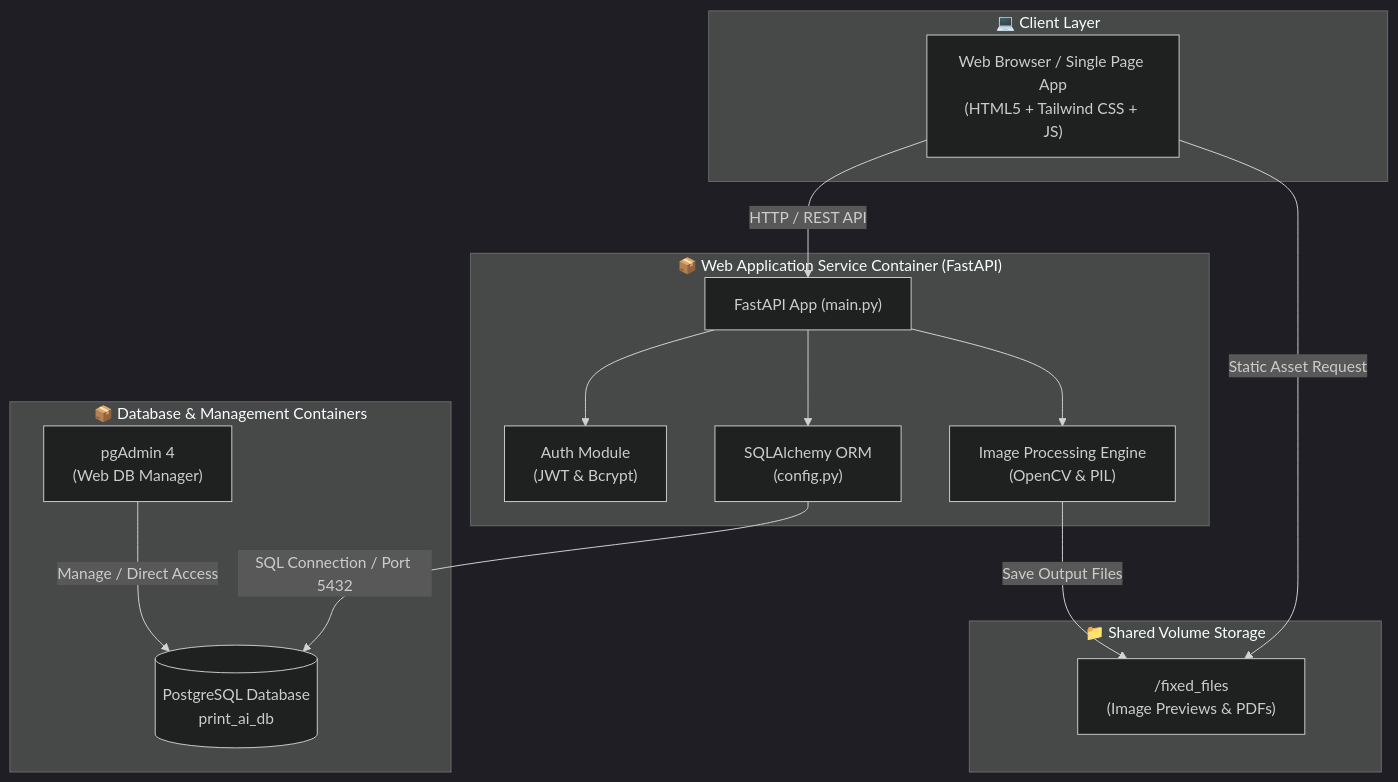
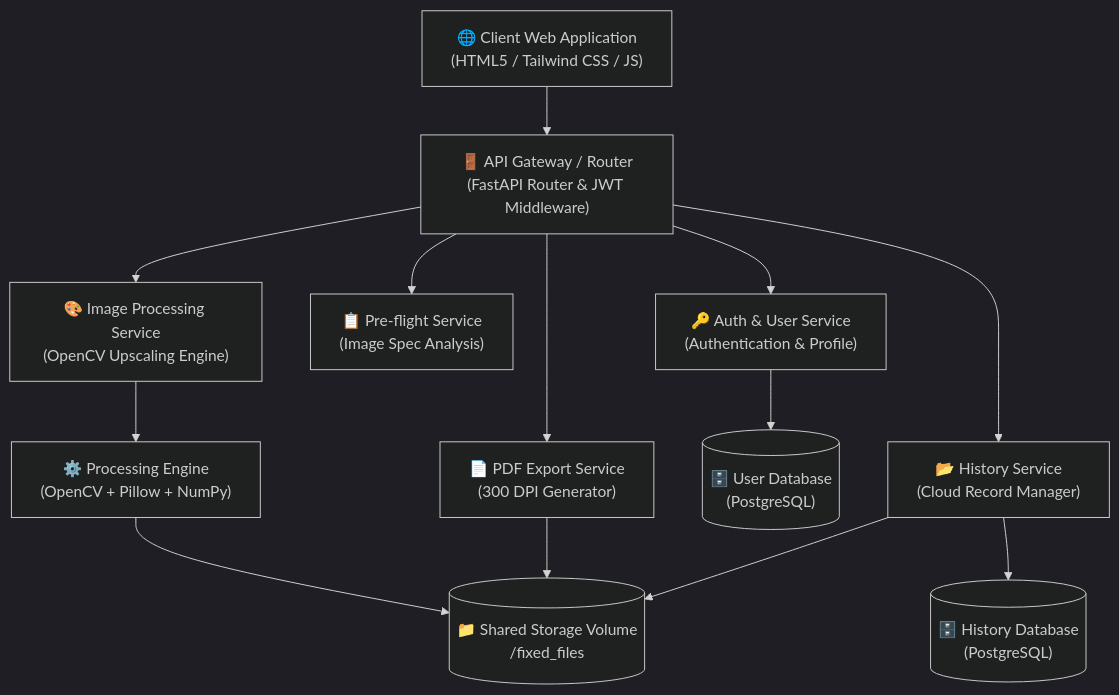
One commit to 67160330/PassPrint changed the first of 2 diagrams in PassPrint Ai/README.md. Above: the diagram before and after it, drawn with Mermaid (dark theme). The commit also changed other lines of this file, not shown here.

````diff
--- a/PassPrint Ai/README.md
+++ b/PassPrint Ai/README.md
@@ -171,38 +173,23 @@
 ```mermaid
-graph TD
-    %% Clients Layer
-    subgraph Clients ["💻 Client Layer"]
-        WebUI["Web Browser / Single Page App\n(HTML5 + Tailwind CSS + JS)"]
-    end
+flowchart TD
+    %% Client & Gateway
+    Client["🌐 Client Web Application\n(HTML5 / Tailwind CSS / JS)"] --> Gateway["🚪 API Gateway / Router\n(FastAPI Router & JWT Middleware)"]
 
-    %% Application Container Layer
-    subgraph WebContainer ["📦 Web Application Service Container (FastAPI)"]
-        API["FastAPI App (main.py)"]
-        AuthModule["Auth Module\n(JWT & Bcrypt)"]
-        ImageEngine["Image Processing Engine\n(OpenCV & PIL)"]
-        DBORM["SQLAlchemy ORM\n(config.py)"]
+    %% Microservices Layer
+    Gateway --> AuthService["🔑 Auth & User Service\n(Authentication & Profile)"]
+    Gateway --> PreflightService["📋 Pre-flight Service\n(Image Spec Analysis)"]
+    Gateway --> ImageService["🎨 Image Processing Service\n(OpenCV Upscaling Engine)"]
+    Gateway --> PDFService["📄 PDF Export Service\n(300 DPI Generator)"]
+    Gateway --> HistoryService["📂 History Service\n(Cloud Record Manager)"]
 
-        API --> AuthModule
-        API --> ImageEngine
-        API --> DBORM
-    end
-
-    %% Database & Management Layer
-    subgraph DBContainer ["📦 Database & Management Containers"]
-        DB[(PostgreSQL Database\nprint_ai_db)]
-        pgAdmin["pgAdmin 4\n(Web DB Manager)"]
-    end
-
-    %% Storage Layer
-    subgraph Storage ["📁 Shared Volume Storage"]
-        FixedFiles["/fixed_files\n(Image Previews & PDFs)"]
-    end
-
-    %% Connections
-    WebUI -->|HTTP / REST API| API
-    WebUI -->|Static Asset Request| FixedFiles
+    %% Databases and Storage Layer
+    AuthService --> UserDB[("🗄️ User Database\n(PostgreSQL)")]
     
-    DBORM -->|SQL Connection / Port 5432| DB
-    pgAdmin -->|Manage / Direct Access| DB
-    ImageEngine -->|Save Output Files| FixedFiles
+    ImageService --> ProcessingEngine["⚙️ Processing Engine\n(OpenCV + Pillow + NumPy)"]
+    ProcessingEngine --> FileStorage[("📁 Shared Storage Volume\n/fixed_files")]
+    
+    PDFService --> FileStorage
+    
+    HistoryService --> HistoryDB[("🗄️ History Database\n(PostgreSQL)")]
+    HistoryService --> FileStorage
 ```
````
